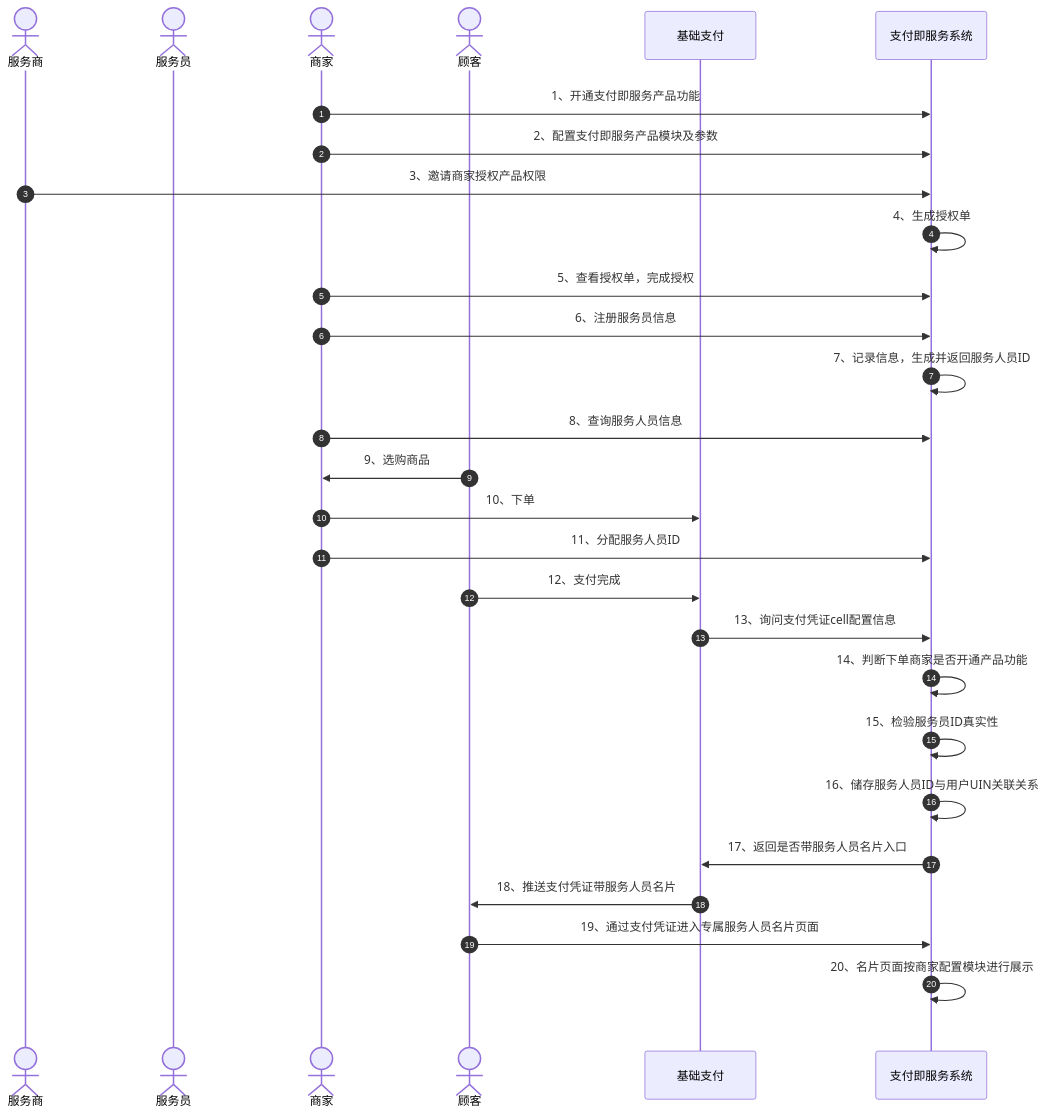
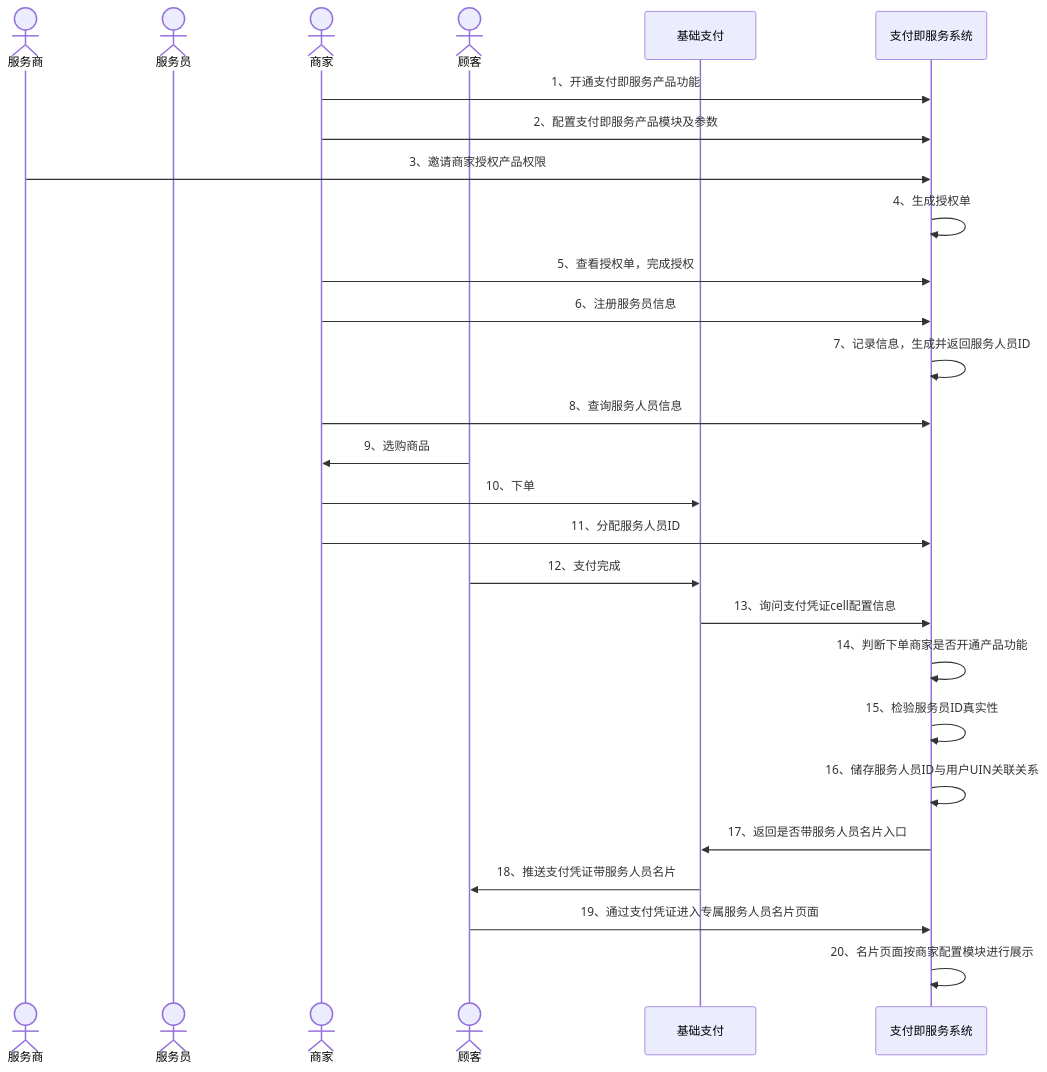
Before and after one commit to minibear2021/wechatpay_docs: the diagram in docs/partner/pages/4012076038.md, drawn with Mermaid. The commit also changed 793 other files, not shown here.

````diff
--- a/docs/partner/pages/4012076038.md
+++ b/docs/partner/pages/4012076038.md
@@ -27,33 +27,31 @@
 ```mermaid
 sequenceDiagram
-    rect rgb(255,255,255)
-        autonumber
+
         actor SP as 服务商
         actor P2 as 服务员
         actor P3 as 商家
         actor P4 as 顾客
         participant P5 as 基础支付
         participant P6 as 支付即服务系统
 
         P3->>P6: 1、开通支付即服务产品功能
         P3->>P6: 2、配置支付即服务产品模块及参数
         SP->>P6: 3、邀请商家授权产品权限
         P6->>P6: 4、生成授权单
         P3->>P6: 5、查看授权单，完成授权
         P3->>P6: 6、注册服务员信息
         P6->>P6: 7、记录信息，生成并返回服务人员ID
         P3->>P6: 8、查询服务人员信息
         P4->>P3: 9、选购商品
         P3->>P5: 10、下单
         P3->>P6: 11、分配服务人员ID
         P4->>P5: 12、支付完成
         P5->>P6: 13、询问支付凭证cell配置信息
         P6->>P6: 14、判断下单商家是否开通产品功能
         P6->>P6: 15、检验服务员ID真实性
         P6->>P6: 16、储存服务人员ID与用户UIN关联关系
         P6->>P5: 17、返回是否带服务人员名片入口
         P5->>P4: 18、推送支付凭证带服务人员名片
         P4->>P6: 19、通过支付凭证进入专属服务人员名片页面
         P6->>P6: 20、名片页面按商家配置模块进行展示
-    end
 ```
````
